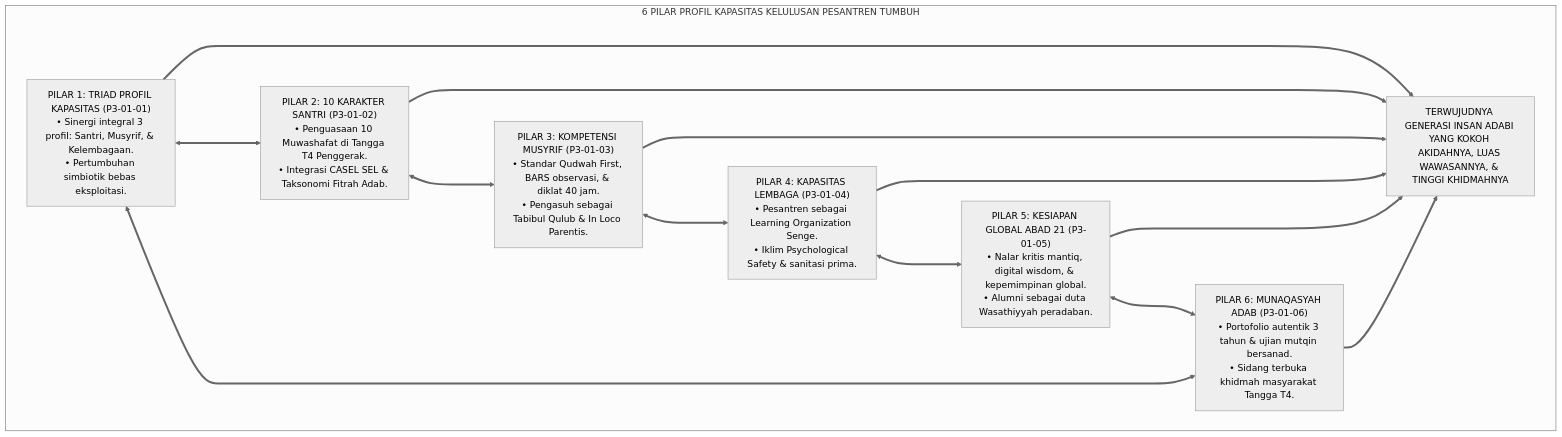
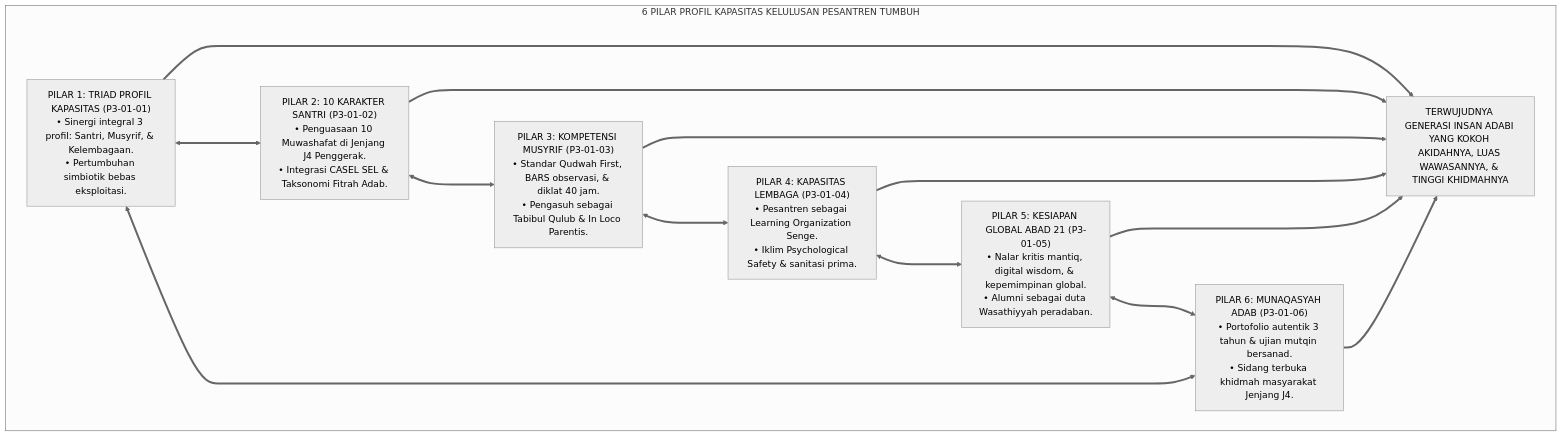
Before and after one commit to wandiapriliyandi/tumbuh: the first of 4 diagrams in 03 Capacity Framework/01 Graduate Profile/P3-01-07-Sintesis-Graduate-Profile-TUMBUH.md, drawn with Mermaid (neutral theme). The commit also changed other lines of this file and 209 other files, not shown here.

````diff
--- a/03 Capacity Framework/01 Graduate Profile/P3-01-07-Sintesis-Graduate-Profile-TUMBUH.md
+++ b/03 Capacity Framework/01 Graduate Profile/P3-01-07-Sintesis-Graduate-Profile-TUMBUH.md
@@ -50,27 +50,27 @@
 ```mermaid
 flowchart TD
     subgraph ArsitekturGraduateProfileTUMBUH["6 PILAR PROFIL KAPASITAS KELULUSAN PESANTREN TUMBUH"]
         P1["PILAR 1: TRIAD PROFIL KAPASITAS (P3-01-01)<br/>• Sinergi integral 3 profil: Santri, Musyrif, & Kelembagaan.<br/>• Pertumbuhan simbiotik bebas eksploitasi."]
         
-        P2["PILAR 2: 10 KARAKTER SANTRI (P3-01-02)<br/>• Penguasaan 10 Muwashafat di Tangga T4 Penggerak.<br/>• Integrasi CASEL SEL & Taksonomi Fitrah Adab."]
+        P2["PILAR 2: 10 KARAKTER SANTRI (P3-01-02)<br/>• Penguasaan 10 Muwashafat di Jenjang J4 Penggerak.<br/>• Integrasi CASEL SEL & Taksonomi Fitrah Adab."]
         
         P3["PILAR 3: KOMPETENSI MUSYRIF (P3-01-03)<br/>• Standar Qudwah First, BARS observasi, & diklat 40 jam.<br/>• Pengasuh sebagai Tabibul Qulub & In Loco Parentis."]
         
         P4["PILAR 4: KAPASITAS LEMBAGA (P3-01-04)<br/>• Pesantren sebagai Learning Organization Senge.<br/>• Iklim Psychological Safety & sanitasi prima."]
         
         P5["PILAR 5: KESIAPAN GLOBAL ABAD 21 (P3-01-05)<br/>• Nalar kritis mantiq, digital wisdom, & kepemimpinan global.<br/>• Alumni sebagai duta Wasathiyyah peradaban."]
         
-        P6["PILAR 6: MUNAQASYAH ADAB (P3-01-06)<br/>• Portofolio autentik 3 tahun & ujian mutqin bersanad.<br/>• Sidang terbuka khidmah masyarakat Tangga T4."]
+        P6["PILAR 6: MUNAQASYAH ADAB (P3-01-06)<br/>• Portofolio autentik 3 tahun & ujian mutqin bersanad.<br/>• Sidang terbuka khidmah masyarakat Jenjang J4."]
         
         P1 <===> P2
         P2 <===> P3
         P3 <===> P4
         P4 <===> P5
         P5 <===> P6
         P6 <===> P1
         
         Pusat["TERWUJUDNYA GENERASI INSAN ADABI YANG KOKOH AKIDAHNYA, LUAS WAWASANNYA, & TINGGI KHIDMAHNYA"]
         
         P1 & P2 & P3 & P4 & P5 & P6 ==> Pusat
     end
 ```
````
